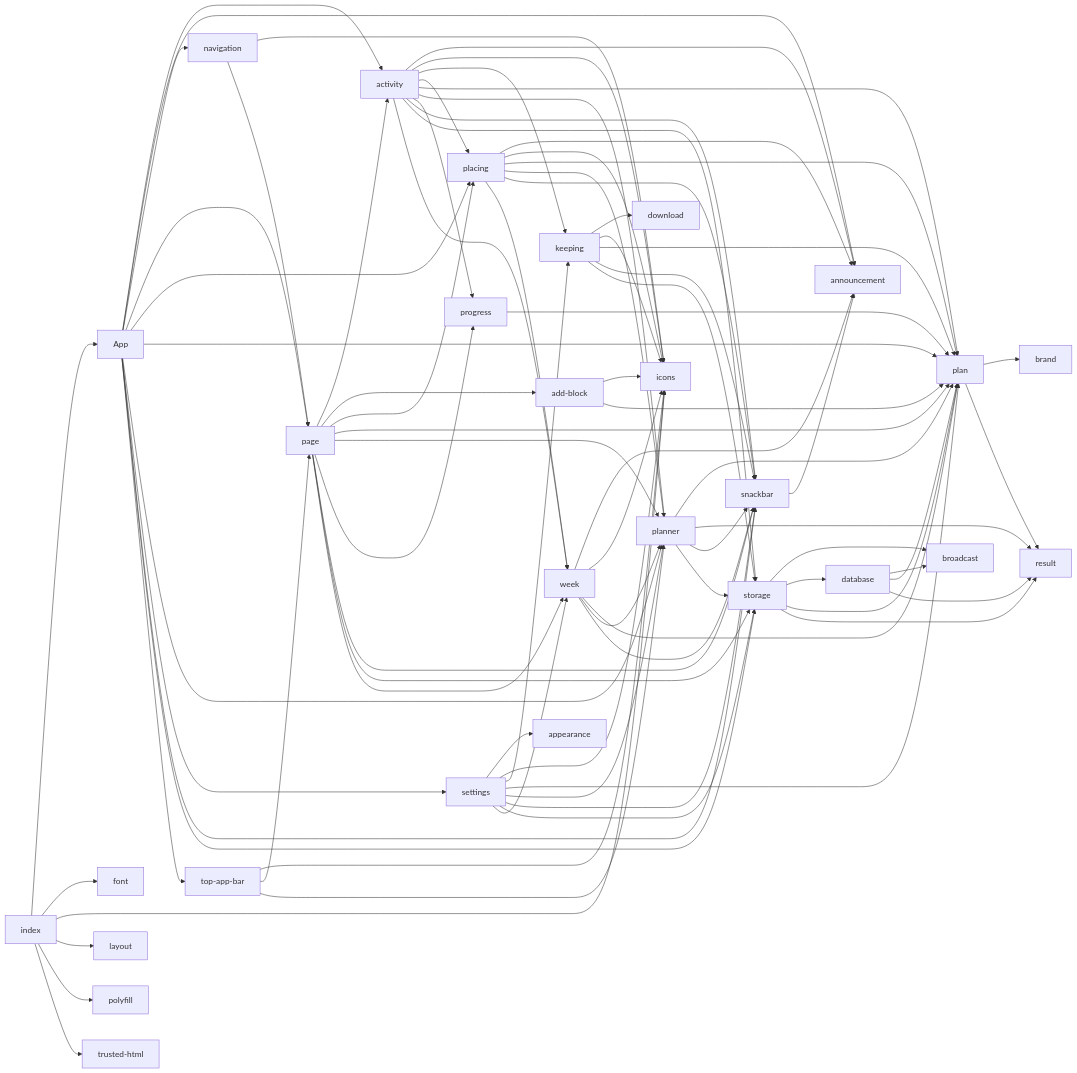
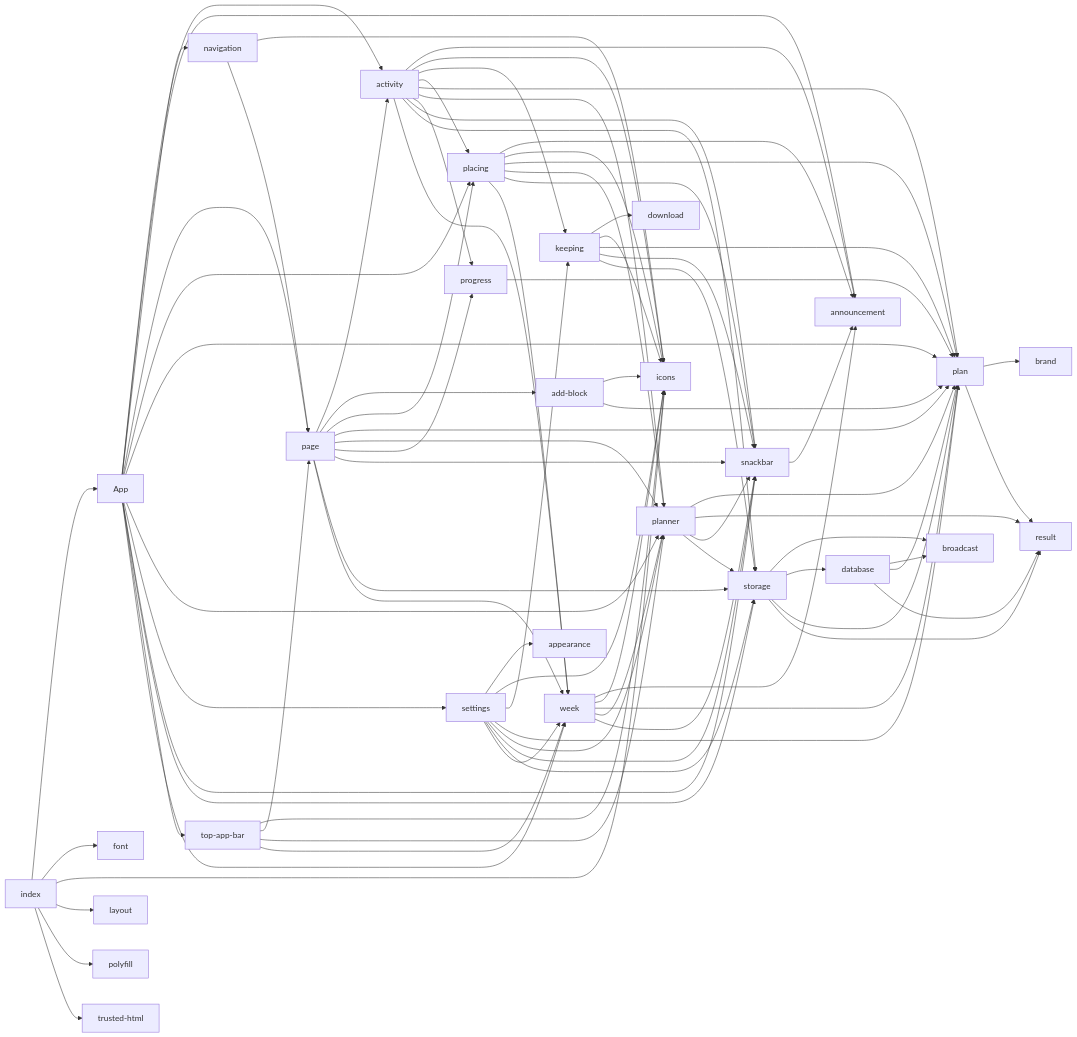
The diagram in docs/MODULES.md (SantaClaas/week-budget-planner), drawn with Mermaid before and after one commit. The commit also changed 14 other files, not shown here.

```diff
--- a/docs/MODULES.md
+++ b/docs/MODULES.md
@@ -59,6 +59,7 @@
   module_App --> module_snackbar
   module_App --> module_storage
   module_App --> module_top_app_bar
+  module_App --> module_week
   module_database --> module_broadcast
   module_database --> module_plan
   module_database --> module_result
@@ -113,6 +114,7 @@
   module_top_app_bar --> module_icons
   module_top_app_bar --> module_page
   module_top_app_bar --> module_planner
+  module_top_app_bar --> module_week
   module_week --> module_announcement
   module_week --> module_icons
   module_week --> module_plan
```
